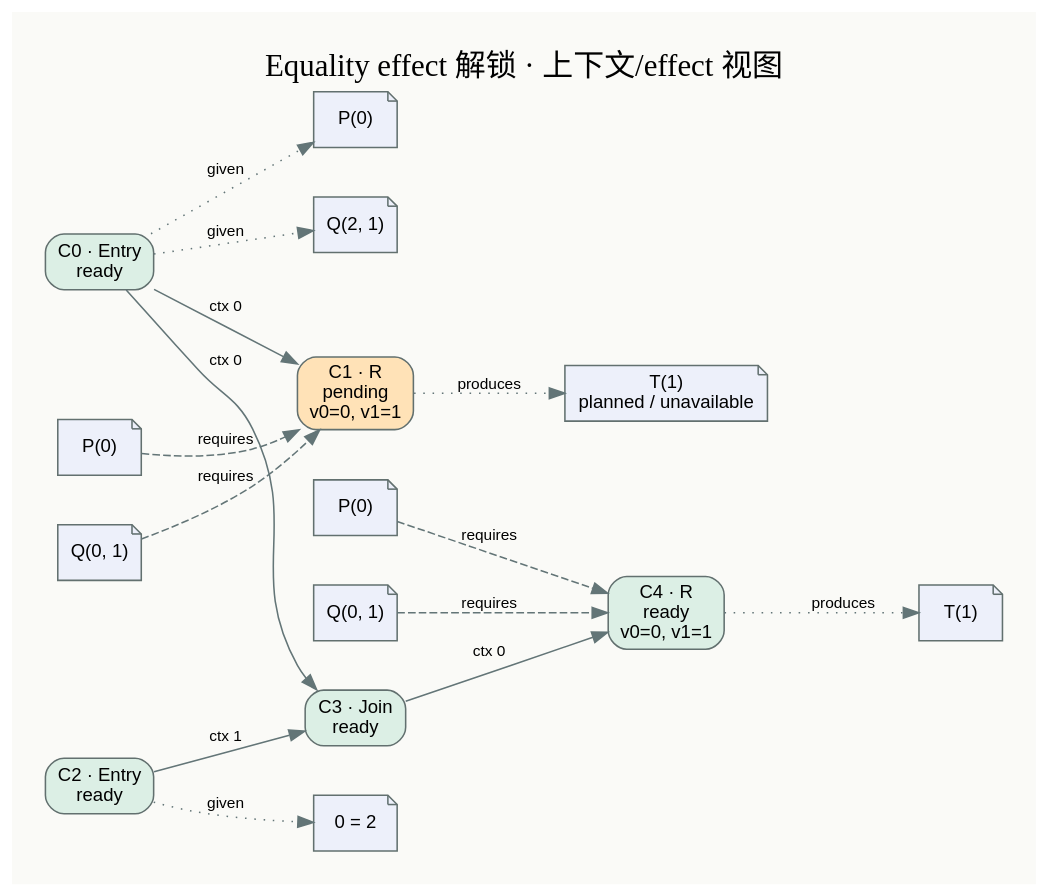
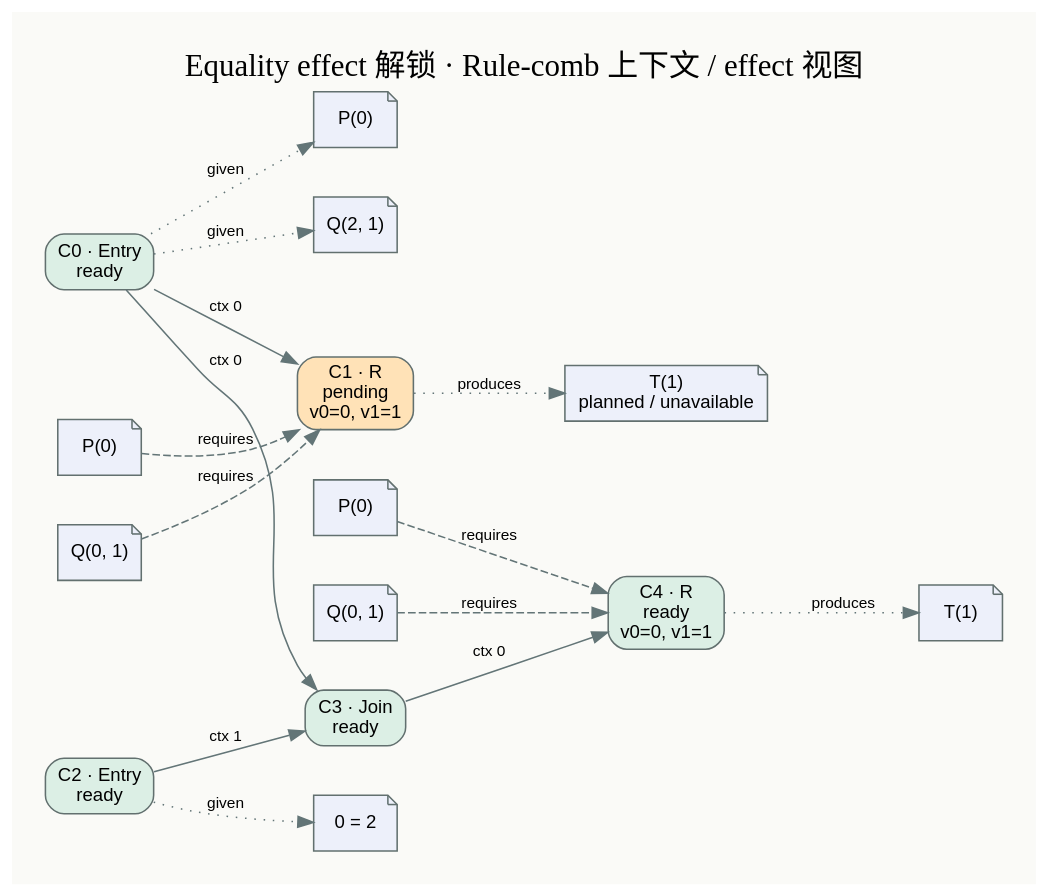
One commit to MilkBlock/fractal_egraph changed the diagram in experiments/tier1_effects/union.dot. Above: the diagram before and after it, drawn with Graphviz. The commit also changed 17 other files, not shown here.

```diff
--- a/experiments/tier1_effects/union.dot
+++ b/experiments/tier1_effects/union.dot
@@ -1,33 +1,33 @@
 digraph G {
 graph [rankdir=LR,bgcolor="#fafaf7",pad=0.3,nodesep=0.45,ranksep=0.8];
 node [fontname="Arial",fontsize=12,shape=box,style="rounded,filled",color="#62706f"];
 edge [fontname="Arial",fontsize=10,color="#637577"];
-label="Equality effect 解锁 · 上下文/effect 视图";labelloc=t;fontsize=20;
+label="Equality effect 解锁 · Rule-comb 上下文 / effect 视图";labelloc=t;fontsize=20;
 c0 [label="C0 · Entry\nready",fillcolor="#dcefe5"];
 e0_given_0 [label="P(0)",shape=note,fillcolor="#edf0fa"];
 c0 -> e0_given_0 [style=dotted,label="given"];
 e0_given_1 [label="Q(2, 1)",shape=note,fillcolor="#edf0fa"];
 c0 -> e0_given_1 [style=dotted,label="given"];
 c1 [label="C1 · R\npending\nv0=0, v1=1",fillcolor="#ffe2b7"];
 c0 -> c1 [label="ctx 0"];
 e1_requires_0 [label="P(0)",shape=note,fillcolor="#edf0fa"];
 e1_requires_0 -> c1 [style=dashed,label="requires"];
 e1_requires_1 [label="Q(0, 1)",shape=note,fillcolor="#edf0fa"];
 e1_requires_1 -> c1 [style=dashed,label="requires"];
 e1_produces_0 [label="T(1)\nplanned / unavailable",shape=note,fillcolor="#edf0fa"];
 c1 -> e1_produces_0 [style=dotted,label="produces"];
 c2 [label="C2 · Entry\nready",fillcolor="#dcefe5"];
 e2_given_0 [label="0 = 2",shape=note,fillcolor="#edf0fa"];
 c2 -> e2_given_0 [style=dotted,label="given"];
 c3 [label="C3 · Join\nready",fillcolor="#dcefe5"];
 c0 -> c3 [label="ctx 0"];
 c2 -> c3 [label="ctx 1"];
 c4 [label="C4 · R\nready\nv0=0, v1=1",fillcolor="#dcefe5"];
 c3 -> c4 [label="ctx 0"];
 e4_requires_0 [label="P(0)",shape=note,fillcolor="#edf0fa"];
 e4_requires_0 -> c4 [style=dashed,label="requires"];
 e4_requires_1 [label="Q(0, 1)",shape=note,fillcolor="#edf0fa"];
 e4_requires_1 -> c4 [style=dashed,label="requires"];
 e4_produces_0 [label="T(1)",shape=note,fillcolor="#edf0fa"];
 c4 -> e4_produces_0 [style=dotted,label="produces"];
 }
```
